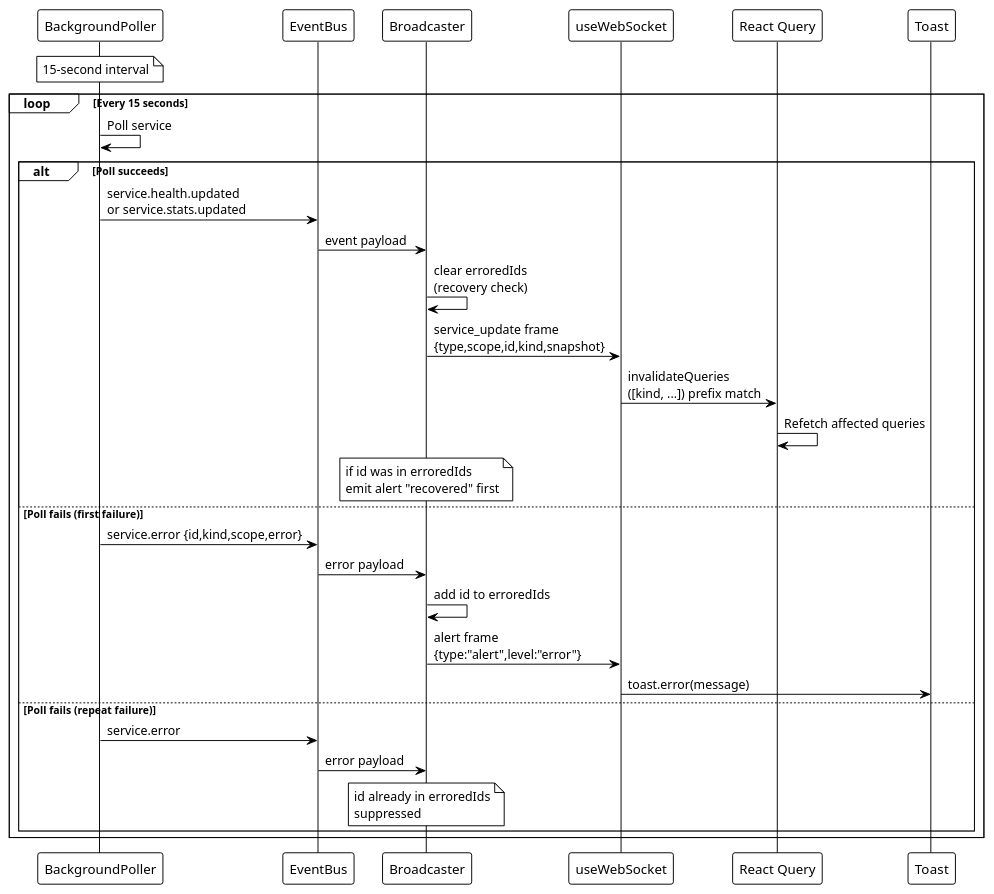
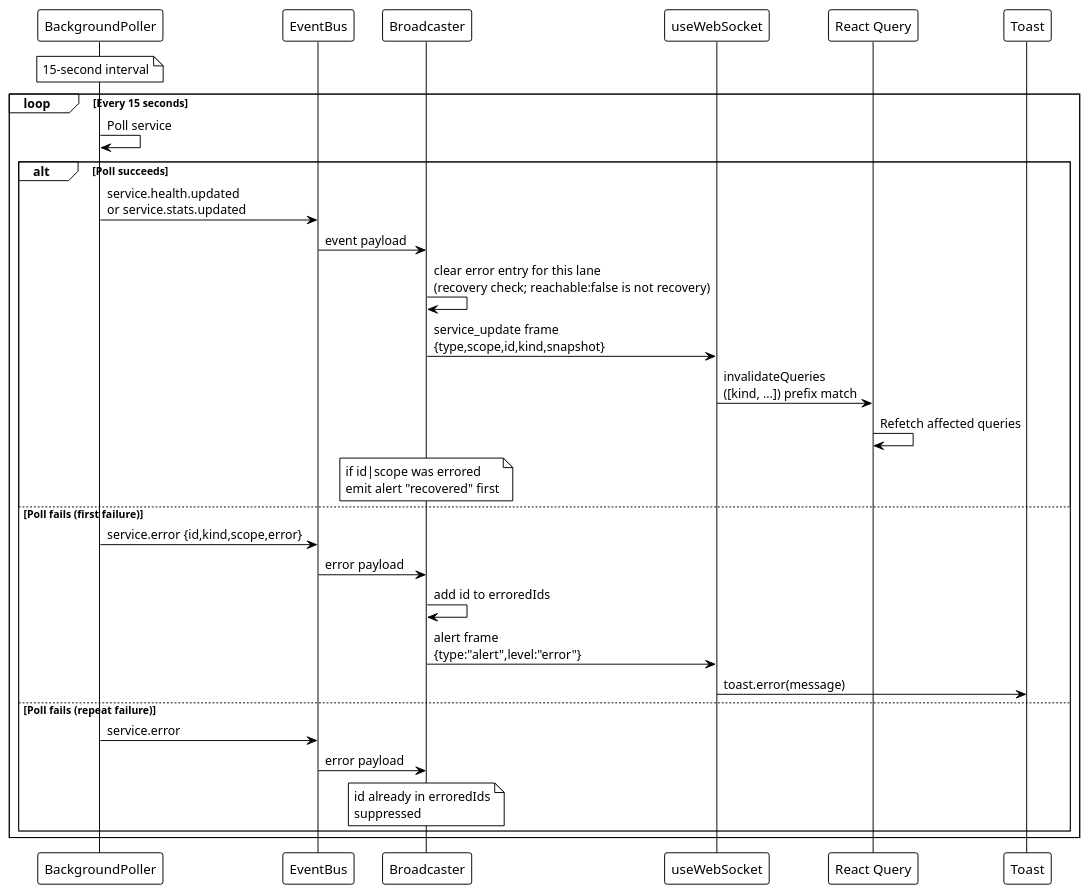
Before and after one commit to EraPartner/Watchman: the second of 3 diagrams in docs/features/real-time-updates.md, drawn with PlantUML. The commit also changed other lines of this file and 74 other files, not shown here.

````diff
--- a/docs/features/real-time-updates.md
+++ b/docs/features/real-time-updates.md
@@ -185,39 +185,39 @@
 ```plantuml
 @startuml
 !theme plain
 
 participant "BackgroundPoller" as Poller
 participant "EventBus" as Bus
 participant "Broadcaster" as Bcast
 participant "useWebSocket" as Hook
 participant "React Query" as Query
 participant "Toast" as Toast
 
 note over Poller : 15-second interval
 
 loop Every 15 seconds
     Poller -> Poller : Poll service
 
     alt Poll succeeds
         Poller -> Bus : service.health.updated\nor service.stats.updated
         Bus -> Bcast : event payload
-        Bcast -> Bcast : clear erroredIds\n(recovery check)
+        Bcast -> Bcast : clear error entry for this lane\n(recovery check; reachable:false is not recovery)
         Bcast -> Hook : service_update frame\n{type,scope,id,kind,snapshot}
         Hook -> Query : invalidateQueries\n([kind, ...]) prefix match
         Query -> Query : Refetch affected queries
 
-        note over Bcast : if id was in erroredIds\nemit alert "recovered" first
+        note over Bcast : if id|scope was errored\nemit alert "recovered" first
     else Poll fails (first failure)
         Poller -> Bus : service.error {id,kind,scope,error}
         Bus -> Bcast : error payload
         Bcast -> Bcast : add id to erroredIds
         Bcast -> Hook : alert frame\n{type:"alert",level:"error"}
         Hook -> Toast : toast.error(message)
     else Poll fails (repeat failure)
         Poller -> Bus : service.error
         Bus -> Bcast : error payload
         note over Bcast : id already in erroredIds\nsuppressed
     end
 end
 @enduml
 ```
````
